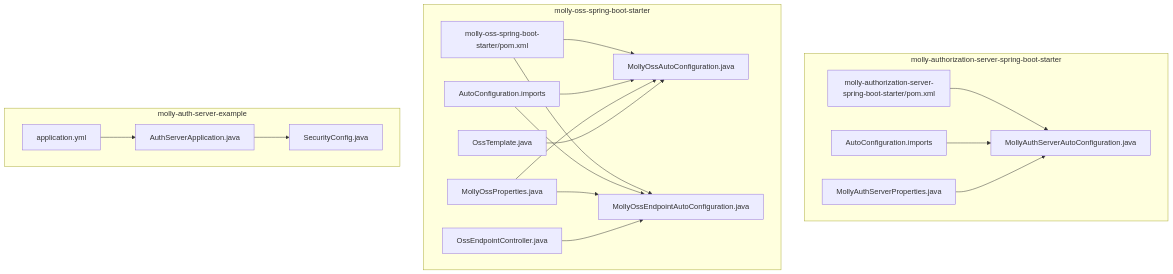
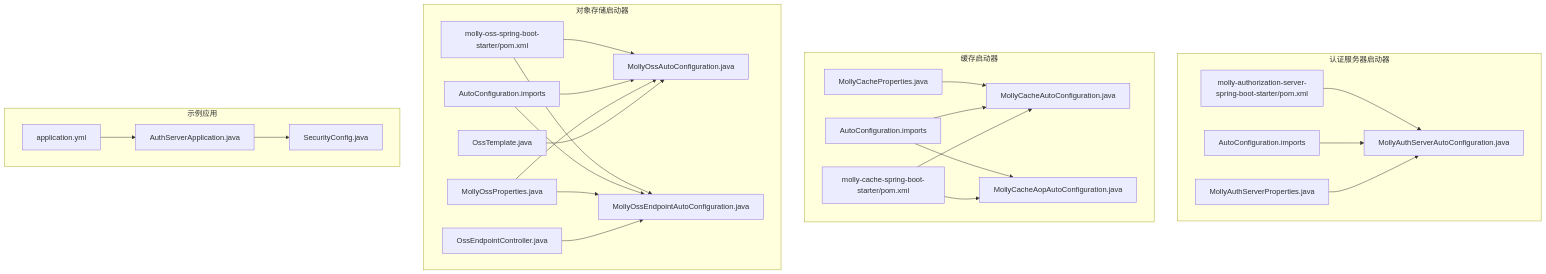
The first of 12 diagrams in .qoder/repowiki/zh/content/核心模块详解/自动配置系统.md (hutengqi/molly), drawn with Mermaid before and after one commit. The commit also changed other lines of this file and 3 other files, not shown here.

````diff
--- a/.qoder/repowiki/zh/content/核心模块详解/自动配置系统.md
+++ b/.qoder/repowiki/zh/content/核心模块详解/自动配置系统.md
@@ -66,36 +78,48 @@
 ```mermaid
 graph TB
-subgraph "molly-authorization-server-spring-boot-starter"
+subgraph "认证服务器启动器"
 AAC["MollyAuthServerAutoConfiguration.java"]
 MAP["MollyAuthServerProperties.java"]
 IMPORTS1["AutoConfiguration.imports"]
 POM1["molly-authorization-server-spring-boot-starter/pom.xml"]
 end
-subgraph "molly-oss-spring-boot-starter"
+subgraph "缓存启动器"
+CAC["MollyCacheAutoConfiguration.java"]
+CAAC["MollyCacheAopAutoConfiguration.java"]
+MCP["MollyCacheProperties.java"]
+IMPORTS2["AutoConfiguration.imports"]
+POM2["molly-cache-spring-boot-starter/pom.xml"]
+end
+subgraph "对象存储启动器"
 OAC["MollyOssAutoConfiguration.java"]
 OEAC["MollyOssEndpointAutoConfiguration.java"]
 MOP["MollyOssProperties.java"]
 OEC["OssEndpointController.java"]
 OT["OssTemplate.java"]
-IMPORTS2["AutoConfiguration.imports"]
-POM2["molly-oss-spring-boot-starter/pom.xml"]
+IMPORTS3["AutoConfiguration.imports"]
+POM3["molly-oss-spring-boot-starter/pom.xml"]
 end
-subgraph "molly-auth-server-example"
+subgraph "示例应用"
 APP["AuthServerApplication.java"]
 SEC["SecurityConfig.java"]
 YML["application.yml"]
 end
 POM1 --> AAC
 IMPORTS1 --> AAC
 MAP --> AAC
-POM2 --> OAC
-POM2 --> OEAC
-IMPORTS2 --> OAC
-IMPORTS2 --> OEAC
+POM2 --> CAC
+POM2 --> CAAC
+IMPORTS2 --> CAC
+IMPORTS2 --> CAAC
+MCP --> CAC
+POM3 --> OAC
+POM3 --> OEAC
+IMPORTS3 --> OAC
+IMPORTS3 --> OEAC
 MOP --> OAC
 MOP --> OEAC
 OEC --> OEAC
 OT --> OAC
 APP --> SEC
 YML --> APP
 ```
````
